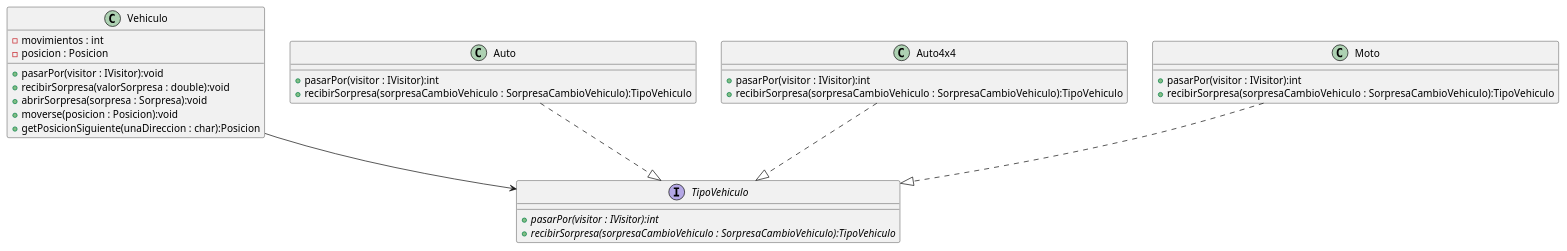
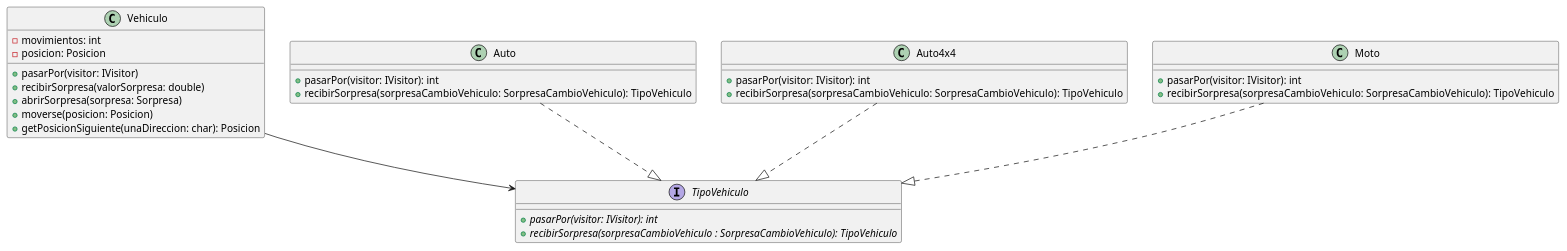
One commit to Dolo-pavon01/gpsChallenge changed the diagram in diagrams/classes/entrega 2/TipoVehiculo.puml. Above: the diagram before and after it, drawn with PlantUML. The commit also changed 6 other files, not shown here.

Commit message:
chore(diagrams): se modificaron definiciones de diagramas

```diff
--- a/diagrams/classes/entrega 2/TipoVehiculo.puml
+++ b/diagrams/classes/entrega 2/TipoVehiculo.puml
@@ -1,39 +1,39 @@
 @startuml
 'https://plantuml.com/class-diagram
 
-class Vehiculo{
-    - movimientos : int
-    - posicion : Posicion
-    + pasarPor(visitor : IVisitor):void
-    + recibirSorpresa(valorSorpresa : double):void
-    + abrirSorpresa(sorpresa : Sorpresa):void
-    + moverse(posicion : Posicion):void
-    + getPosicionSiguiente(unaDireccion : char):Posicion
+class Vehiculo {
+    - movimientos: int
+    - posicion: Posicion
+    + pasarPor(visitor: IVisitor)
+    + recibirSorpresa(valorSorpresa: double)
+    + abrirSorpresa(sorpresa: Sorpresa)
+    + moverse(posicion: Posicion)
+    + getPosicionSiguiente(unaDireccion: char): Posicion
 }
 
-interface TipoVehiculo{
-    + {abstract} pasarPor(visitor : IVisitor):int
-    + {abstract} recibirSorpresa(sorpresaCambioVehiculo : SorpresaCambioVehiculo):TipoVehiculo
+interface TipoVehiculo {
+    + {abstract} pasarPor(visitor: IVisitor): int
+    + {abstract} recibirSorpresa(sorpresaCambioVehiculo : SorpresaCambioVehiculo): TipoVehiculo
 }
 
 class Auto{
-    + pasarPor(visitor : IVisitor):int
-    + recibirSorpresa(sorpresaCambioVehiculo : SorpresaCambioVehiculo):TipoVehiculo
+    + pasarPor(visitor: IVisitor): int
+    + recibirSorpresa(sorpresaCambioVehiculo: SorpresaCambioVehiculo): TipoVehiculo
 }
 
 class Auto4x4{
-    + pasarPor(visitor : IVisitor):int
-    + recibirSorpresa(sorpresaCambioVehiculo : SorpresaCambioVehiculo):TipoVehiculo
+    + pasarPor(visitor: IVisitor): int
+    + recibirSorpresa(sorpresaCambioVehiculo: SorpresaCambioVehiculo): TipoVehiculo
 }
 
 class Moto{
-    + pasarPor(visitor : IVisitor):int
-    + recibirSorpresa(sorpresaCambioVehiculo : SorpresaCambioVehiculo):TipoVehiculo
+    + pasarPor(visitor: IVisitor): int
+    + recibirSorpresa(sorpresaCambioVehiculo: SorpresaCambioVehiculo): TipoVehiculo
 }
 
 Vehiculo --> TipoVehiculo
 Auto4x4 ..|> TipoVehiculo
 Auto ..|> TipoVehiculo
 Moto ..|> TipoVehiculo
 
 @enduml
```
